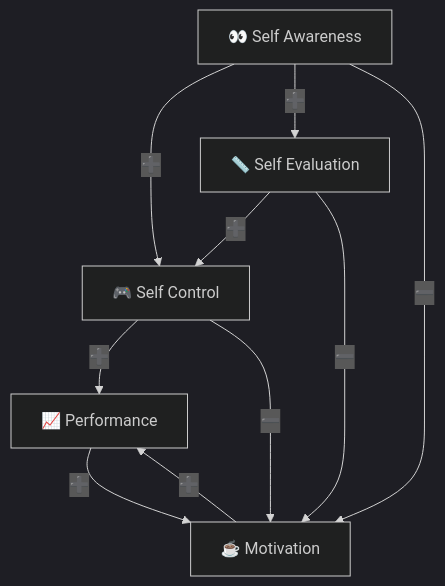
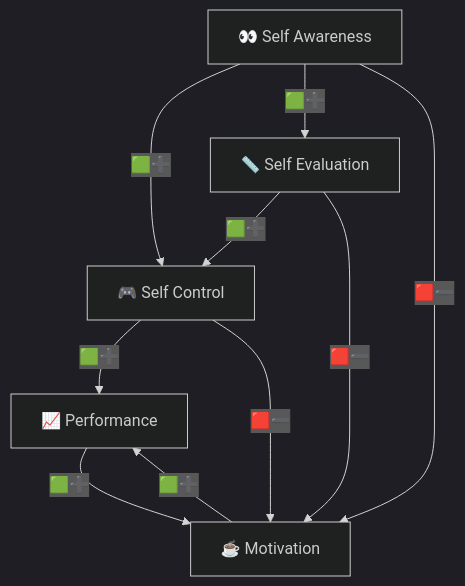
Before and after one commit to bagrounds/obsidian-github-publisher-sync: the diagram in content/reflections/2024-12-10.md, drawn with Mermaid (dark theme).

Commit message:
[PUBLISHER] Merge #421

````diff
--- a/content/reflections/2024-12-10.md
+++ b/content/reflections/2024-12-10.md
@@ -13,17 +13,17 @@
 ```mermaid  
 graph TD  
     A[👀 Self Awareness]  
     E[📏 Self Evaluation]  
     C[🎮 Self Control]  
     M[☕ Motivation]  
     P[📈 Performance]  
-    A -->|➕| C  
-    A -->|➕| E  
-    A -->|➖| M  
-    E -->|➕| C  
-    E -->|➖| M  
-    M -->|➕| P  
-    P -->|➕| M  
-    C -->|➕| P  
-    C -->|➖| M  
+    A -->|🟩➕| C  
+    A -->|🟩➕| E  
+    A -->|🟥➖| M  
+    E -->|🟩➕| C  
+    E -->|🟥➖| M  
+    M -->|🟩➕| P  
+    P -->|🟩➕| M  
+    C -->|🟩➕| P  
+    C -->|🟥➖| M  
 ```  
````
